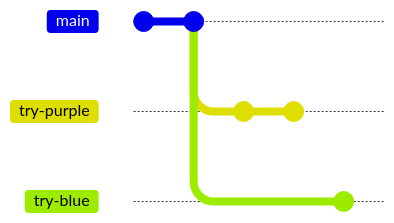
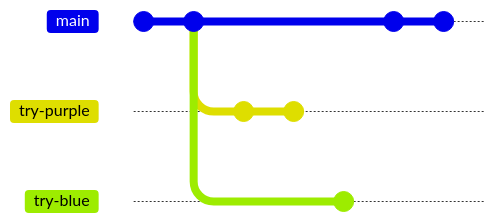
Before and after one commit to CodeYourFuture/curriculum: the second of 3 diagrams in common-content/en/module/induction/branching/index.md, drawn with Mermaid. The commit also changed other lines of this file and 12 other files, not shown here. Commit ids are hidden.

````diff
--- a/common-content/en/module/induction/branching/index.md
+++ b/common-content/en/module/induction/branching/index.md
@@ -48,11 +48,15 @@
 ```mermaid
 gitGraph
         commit
         commit
         branch "try-purple"
+        checkout "try-purple"
         commit
         commit
         checkout main
         branch "try-blue"
         commit
+        checkout main
+        commit
+        commit
 ```
````
